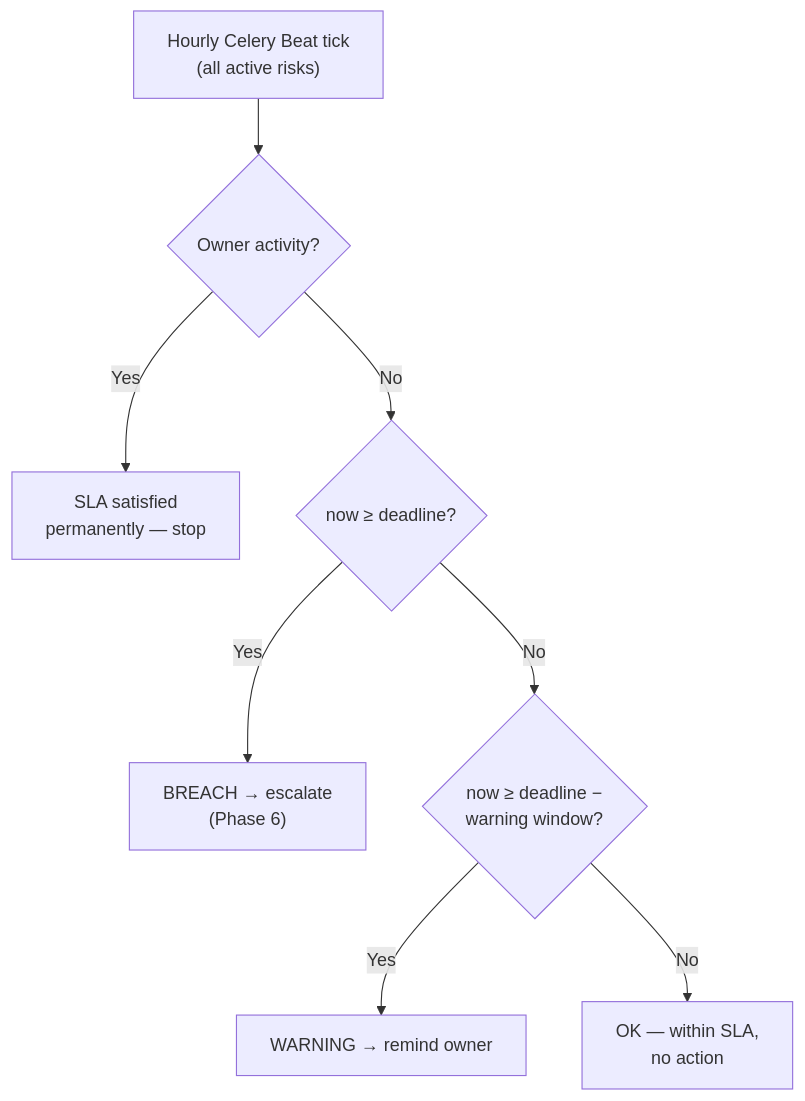
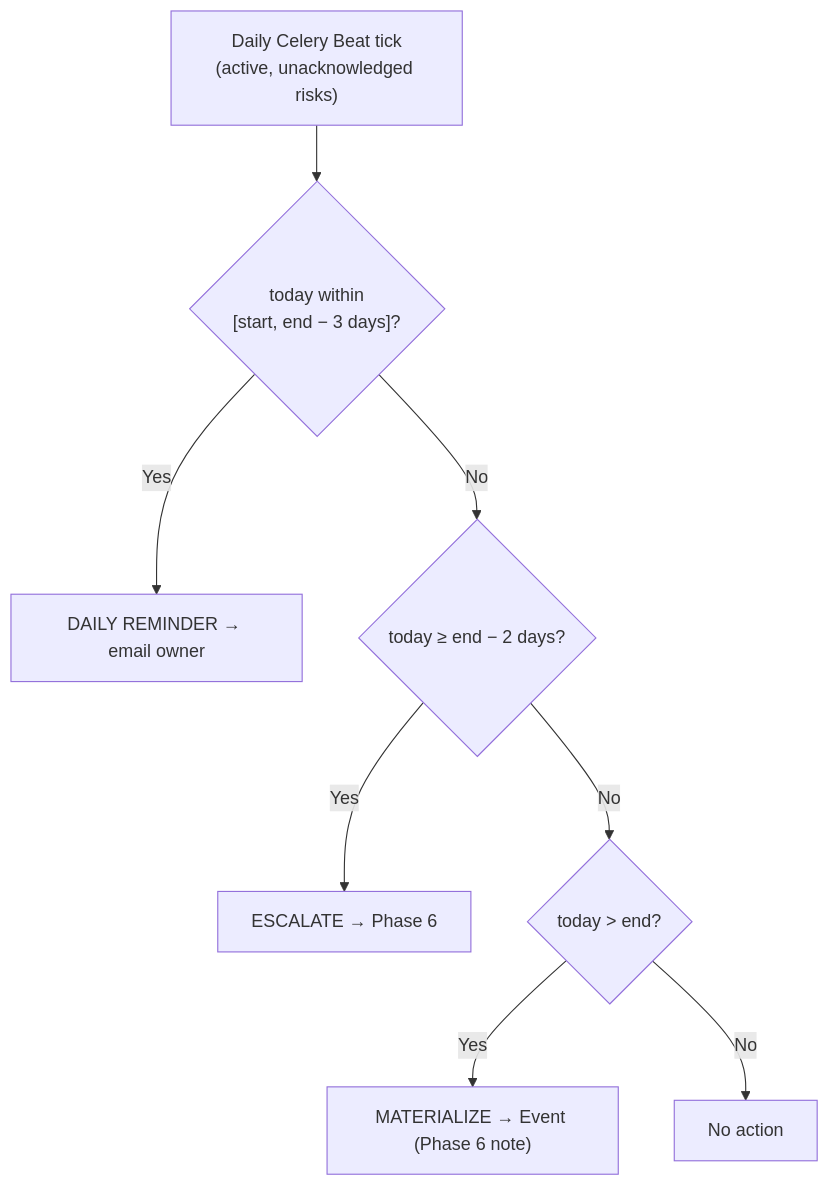
One commit to BelloOlawale/Pmo-risk-reccurrence changed the seventh of 11 diagrams in PROCESS_FLOW.md. Above: the diagram before and after it, drawn with Mermaid. The commit also changed other lines of this file and 21 other files, not shown here.

First line of the commit message:
feat(risk): daily reminders, day-based escalation, Event-only issues

````diff
--- a/PROCESS_FLOW.md
+++ b/PROCESS_FLOW.md
@@ -246,10 +240,10 @@
 ```mermaid
 flowchart TD
-    A["Hourly Celery Beat tick<br/>(all active risks)"] --> B{"Owner activity?"}
-    B -->|"Yes"| C["SLA satisfied<br/>permanently — stop"]
-    B -->|"No"| D{"now ≥ deadline?"}
-    D -->|"Yes"| E["BREACH → escalate<br/>(Phase 6)"]
-    D -->|"No"| F{"now ≥ deadline −<br/>warning window?"}
-    F -->|"Yes"| G["WARNING → remind owner"]
-    F -->|"No"| H["OK — within SLA,<br/>no action"]
+    A["Daily Celery Beat tick<br/>(active, unacknowledged risks)"] --> B{"today within<br/>[start, end − 3 days]?"}
+    B -->|"Yes"| C["DAILY REMINDER → email owner"]
+    B -->|"No"| D{"today ≥ end − 2 days?"}
+    D -->|"Yes"| E["ESCALATE → Phase 6"]
+    D -->|"No"| F{"today > end?"}
+    F -->|"Yes"| G["MATERIALIZE → Event (Phase 6 note)"]
+    F -->|"No"| H["No action"]
 ```
````
